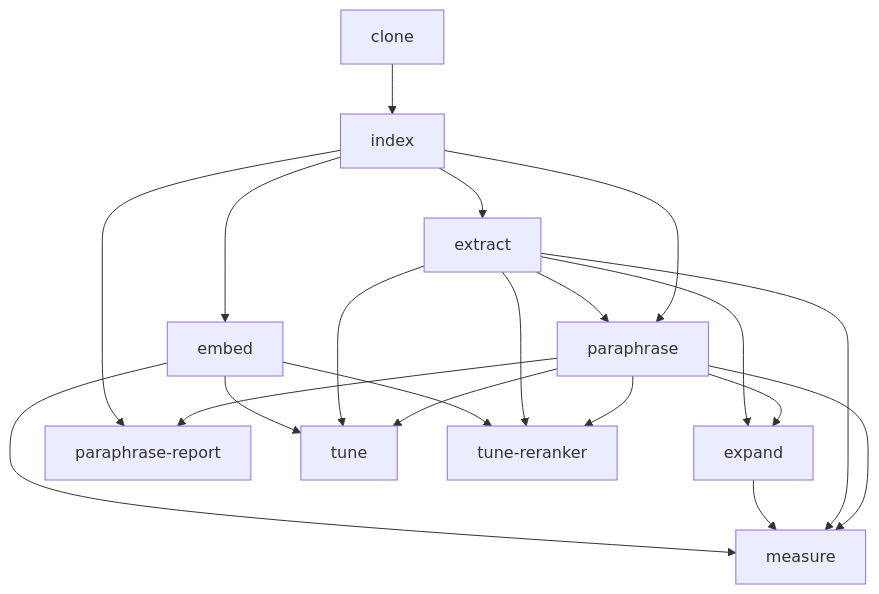
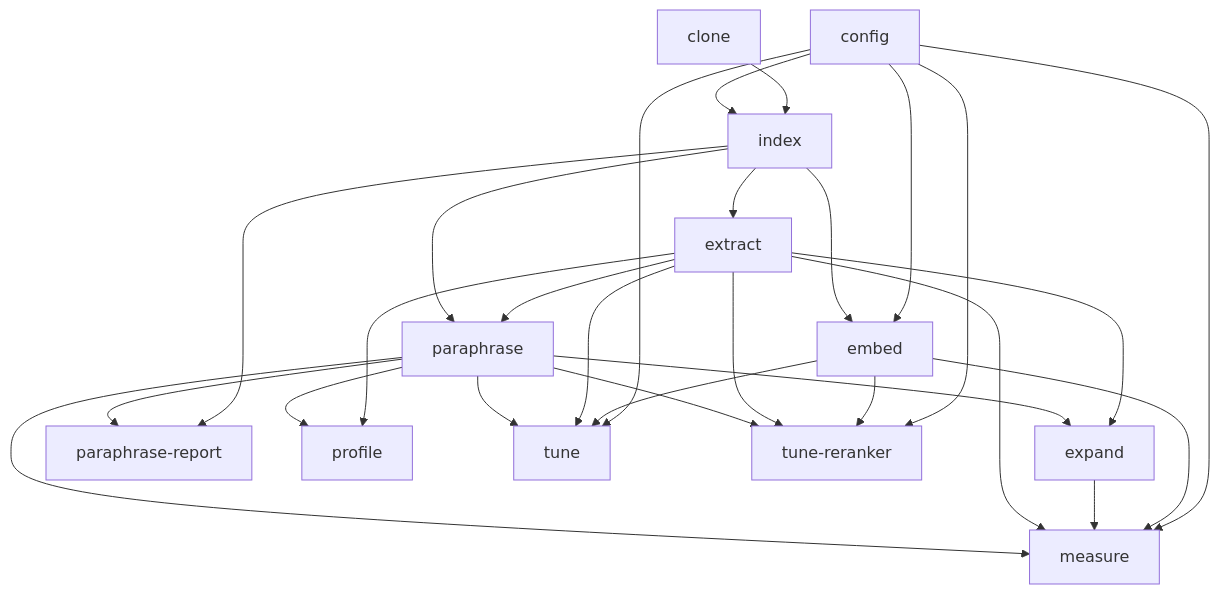
The diagram in packages/rbtr-eval/README.md (janrito/rbtr), drawn with Mermaid before and after one commit. The commit also changed other lines of this file and 4 other files, not shown here.

````diff
--- a/packages/rbtr-eval/README.md
+++ b/packages/rbtr-eval/README.md
@@ -36,32 +36,41 @@
 ```mermaid
 flowchart TD
 	node1["clone"]
-	node2["embed"]
-	node3["expand"]
-	node4["extract"]
-	node5["index"]
-	node6["measure"]
-	node7["paraphrase"]
-	node8["paraphrase-report"]
-	node9["tune"]
-	node10["tune-reranker"]
-	node1-->node5
+	node2["config"]
+	node3["embed"]
+	node4["expand"]
+	node5["extract"]
+	node6["index"]
+	node7["measure"]
+	node8["paraphrase"]
+	node9["paraphrase-report"]
+	node10["profile"]
+	node11["tune"]
+	node12["tune-reranker"]
+	node1-->node6
+	node2-->node3
 	node2-->node6
-	node2-->node9
-	node2-->node10
-	node3-->node6
-	node4-->node3
-	node4-->node6
+	node2-->node7
+	node2-->node11
+	node2-->node12
+	node3-->node7
+	node3-->node11
+	node3-->node12
 	node4-->node7
-	node4-->node9
-	node4-->node10
-	node5-->node2
 	node5-->node4
 	node5-->node7
 	node5-->node8
-	node7-->node3
-	node7-->node6
-	node7-->node8
-	node7-->node9
-	node7-->node10
+	node5-->node10
+	node5-->node11
+	node5-->node12
+	node6-->node3
+	node6-->node5
+	node6-->node8
+	node6-->node9
+	node8-->node4
+	node8-->node7
+	node8-->node9
+	node8-->node10
+	node8-->node11
+	node8-->node12
 ```
````
